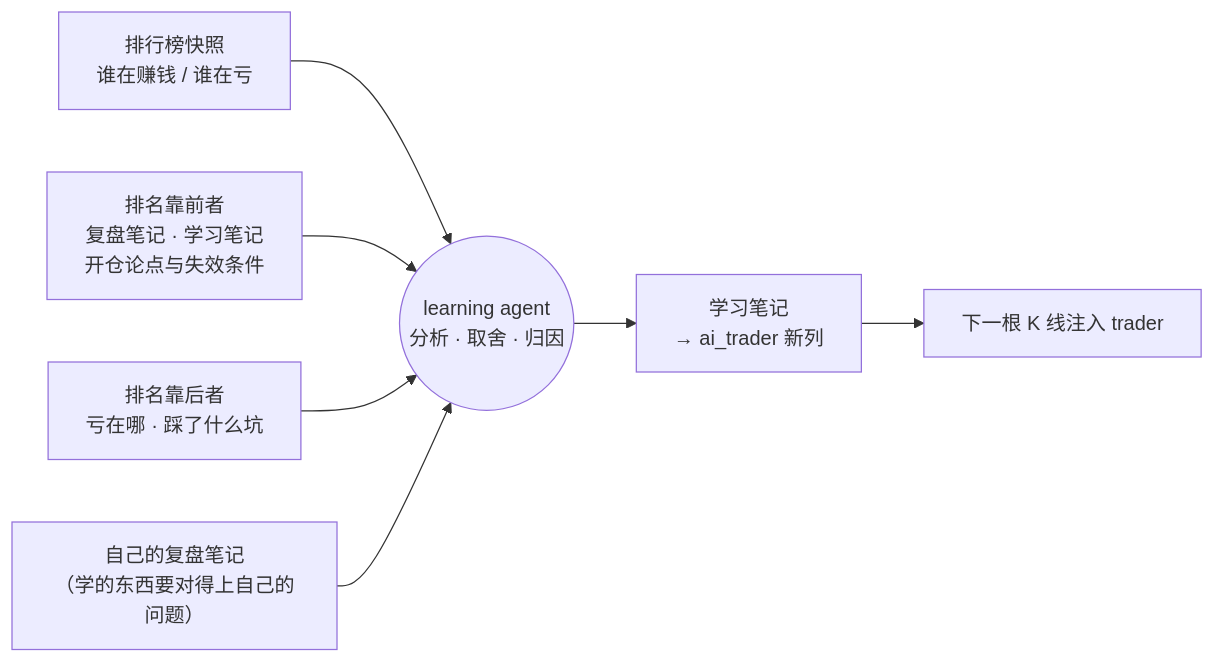
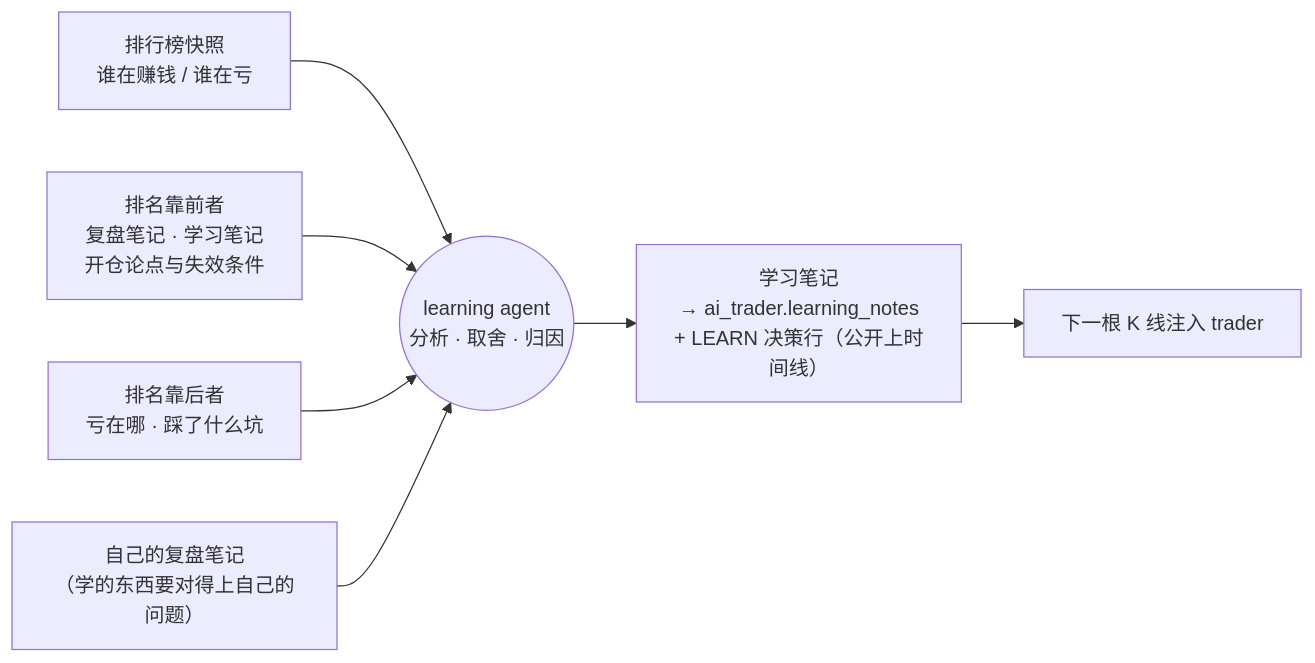
The fifth of 7 diagrams in README.md (mamawai/wiib), drawn with Mermaid before and after one commit. The commit also changed other lines of this file and 1 other file, not shown here.

Commit message:
docs: README agent harness 节对齐现状——learning 落地/chat 去图化/三阶段交接/指纹含 userId；删 wiib-sim 过时 LLM 注释

````diff
--- a/README.md
+++ b/README.md
@@ -277,9 +277,9 @@
 ```mermaid
 flowchart LR
     RANK["排行榜快照<br/>谁在赚钱 / 谁在亏"] --> LA
     GOOD["排名靠前者<br/>复盘笔记 · 学习笔记<br/>开仓论点与失效条件"] --> LA
     BAD["排名靠后者<br/>亏在哪 · 踩了什么坑"] --> LA
     SELF["自己的复盘笔记<br/>（学的东西要对得上自己的问题）"] --> LA
-    LA(("learning agent<br/>分析 · 取舍 · 归因")) --> NOTE["学习笔记<br/>→ ai_trader 新列"]
+    LA(("learning agent<br/>分析 · 取舍 · 归因")) --> NOTE["学习笔记<br/>→ ai_trader.learning_notes<br/>+ LEARN 决策行（公开上时间线）"]
     NOTE --> INJ["下一根 K 线注入 trader"]
 ```
````
